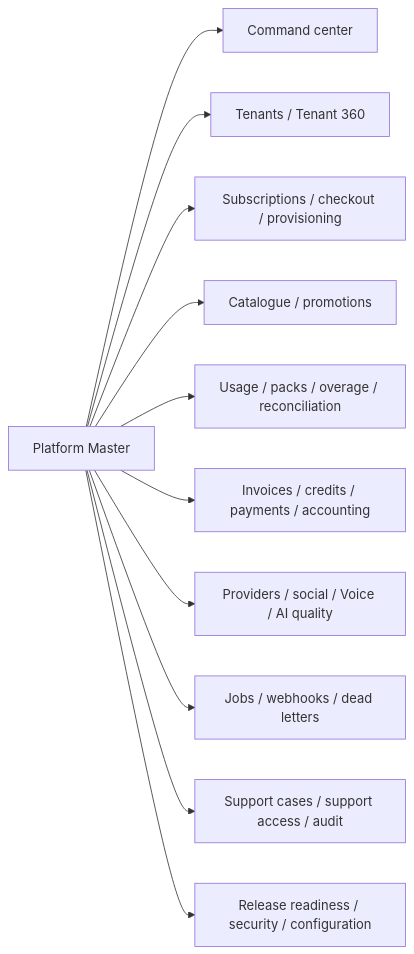
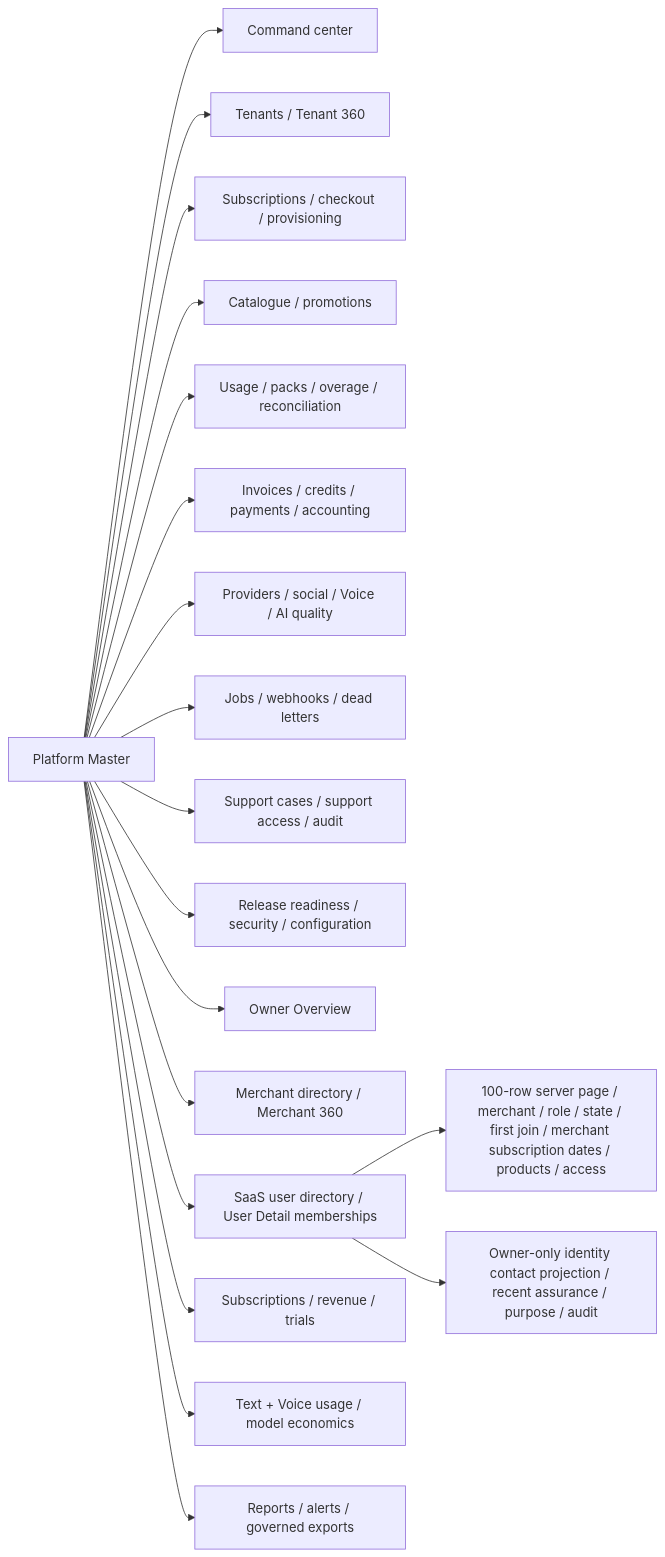
Before and after one commit to lovecatisgood-sudo/DJ_Academy_Webpromo_Voice: diagram 18 of 24 in DJAY_Bot_SaaS_Platform/docs/architecture/djay-bots-system-map.md, drawn with Mermaid. The commit also changed other lines of this file and 60 other files, not shown here.

````diff
--- a/DJAY_Bot_SaaS_Platform/docs/architecture/djay-bots-system-map.md
+++ b/DJAY_Bot_SaaS_Platform/docs/architecture/djay-bots-system-map.md
@@ -646,13 +649,21 @@
 ```mermaid
 flowchart LR
     MASTER["Platform Master"] --> CCOMMAND["Command center"]
     MASTER --> TENANT360["Tenants / Tenant 360"]
     MASTER --> SUBOPS["Subscriptions / checkout / provisioning"]
     MASTER --> CATALOG["Catalogue / promotions"]
     MASTER --> USAGEOPS["Usage / packs / overage / reconciliation"]
     MASTER --> FINOPS["Invoices / credits / payments / accounting"]
     MASTER --> PROVIDERS["Providers / social / Voice / AI quality"]
     MASTER --> JOBS["Jobs / webhooks / dead letters"]
     MASTER --> SUPPORTOPS["Support cases / support access / audit"]
     MASTER --> RELEASEOPS["Release readiness / security / configuration"]
+    MASTER --> OWNEROV["Owner Overview"]
+    MASTER --> MERCHANTS["Merchant directory / Merchant 360"]
+    MASTER --> USERS["SaaS user directory / User Detail memberships"]
+    MASTER --> SUBREV["Subscriptions / revenue / trials"]
+    MASTER --> AIMODELS["Text + Voice usage / model economics"]
+    MASTER --> REPORTS["Reports / alerts / governed exports"]
+    USERS --> USERMEMBERSHIPS["100-row server page / merchant / role / state / first join / merchant subscription dates / products / access"]
+    USERS --> USERCONTACT["Owner-only identity contact projection / recent assurance / purpose / audit"]
 ```
````
